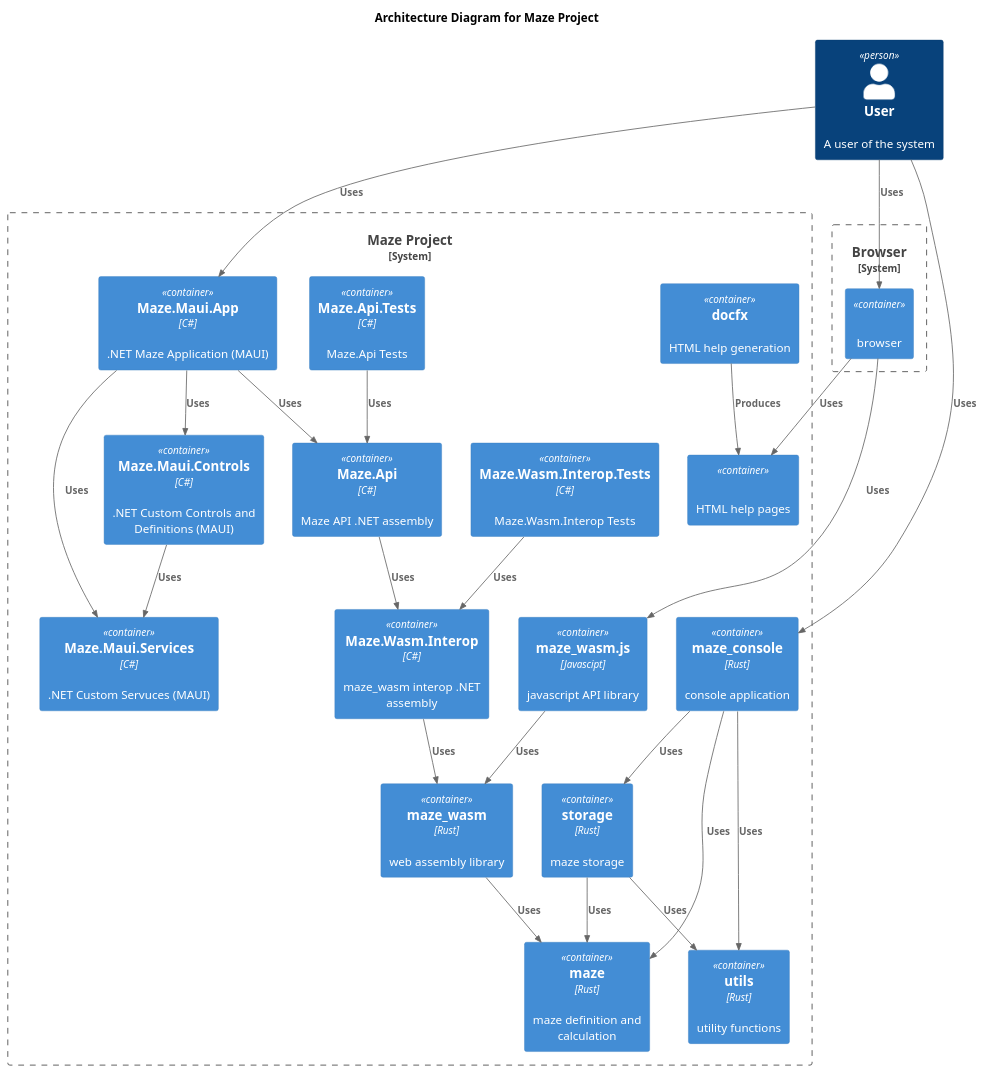
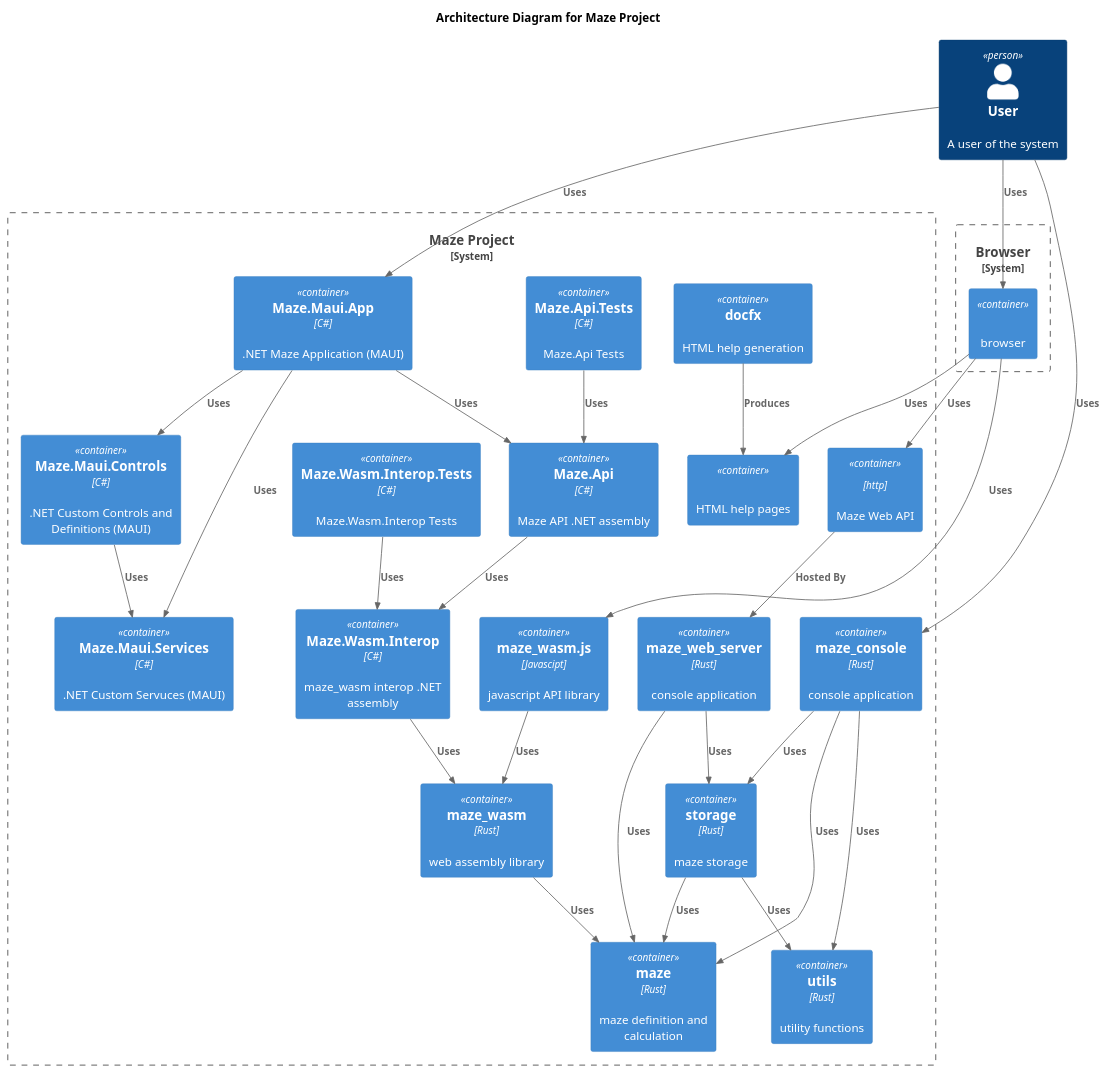
The diagram in docs/diagrams/architecture.puml (budgiedownunder/maze), drawn with PlantUML before and after one commit.

Commit message:
Add maze_web_server and Maze Web API to architecture diagram

```diff
--- a/docs/diagrams/architecture.puml
+++ b/docs/diagrams/architecture.puml
@@ -2,53 +2,59 @@
 @startuml
 
 !include https://raw.githubusercontent.com/plantuml-stdlib/C4-PlantUML/master/C4_Container.puml
 
 title Architecture Diagram for Maze Project
 
 Person(user, "User", "A user of the system")
 
 System_Boundary(c1, "Browser") {
     Container(browser, "", "", "browser")
 }
 
 System_Boundary(c2, "Maze Project") {
     Container(html_help, "", "", "HTML help pages")
     Container(docfx, "docfx", "", "HTML help generation")
     Container(maze_maui_app_net, "Maze.Maui.App", "C#", ".NET Maze Application (MAUI)")
     Container(maze_maui_controls_net, "Maze.Maui.Controls", "C#", ".NET Custom Controls and Definitions (MAUI)")
     Container(maze_maui_services_net, "Maze.Maui.Services", "C#", ".NET Custom Servuces (MAUI)")
     Container(maze_api_net_tests, "Maze.Api.Tests", "C#", "Maze.Api Tests")
     Container(maze_api_net, "Maze.Api", "C#", "Maze API .NET assembly")
     Container(maze_wasm_interop_net_tests, "Maze.Wasm.Interop.Tests", "C#", "Maze.Wasm.Interop Tests")
     Container(maze_wasm_interop_net, "Maze.Wasm.Interop", "C#", "maze_wasm interop .NET assembly")
     Container(maze_wasm_js, "maze_wasm.js", "Javascipt", "javascript API library")
     Container(maze_wasm, "maze_wasm", "Rust", "web assembly library")
     Container(maze_console, "maze_console", "Rust", "console application")
+    Container(maze_web_api, "", "http", "Maze Web API")
+    Container(maze_web_server, "maze_web_server", "Rust", "console application")
     Container(storage, "storage", "Rust", "maze storage")
     Container(maze, "maze", "Rust", "maze definition and calculation")
     Container(utils, "utils", "Rust", "utility functions")
 }
 
 Rel(user, browser, "Uses")
 Rel(browser, html_help, "Uses")
 Rel(browser, maze_wasm_js, "Uses")
 Rel(docfx, html_help, "Produces")
 Rel(user, maze_console, "Uses")
 Rel(maze_console, maze, "Uses")
 Rel(maze_console, storage, "Uses")
 Rel(maze_console, utils, "Uses")
+Rel(browser, maze_web_api, "Uses")
+Rel(maze_web_api, maze_web_server, "Hosted By")
+Rel(maze_web_server, maze, "Uses")
+Rel(maze_web_server, storage, "Uses")
 Rel(user, maze_maui_app_net, "Uses")
 Rel(maze_maui_app_net, maze_maui_controls_net, "Uses")
 Rel(maze_maui_app_net, maze_maui_services_net, "Uses")
 Rel(maze_maui_app_net, maze_api_net, "Uses")
 Rel(maze_maui_controls_net, maze_maui_services_net, "Uses")
 Rel(maze_api_net_tests, maze_api_net, "Uses")
 Rel(maze_api_net, maze_wasm_interop_net, "Uses")
 Rel(maze_wasm_interop_net_tests, maze_wasm_interop_net, "Uses")
 Rel(maze_wasm_interop_net, maze_wasm, "Uses")
 Rel(maze_wasm_js, maze_wasm, "Uses")
 Rel(maze_wasm, maze, "Uses")
 Rel(storage, maze, "Uses")
 Rel(storage, utils, "Uses")
 
 @enduml
```
